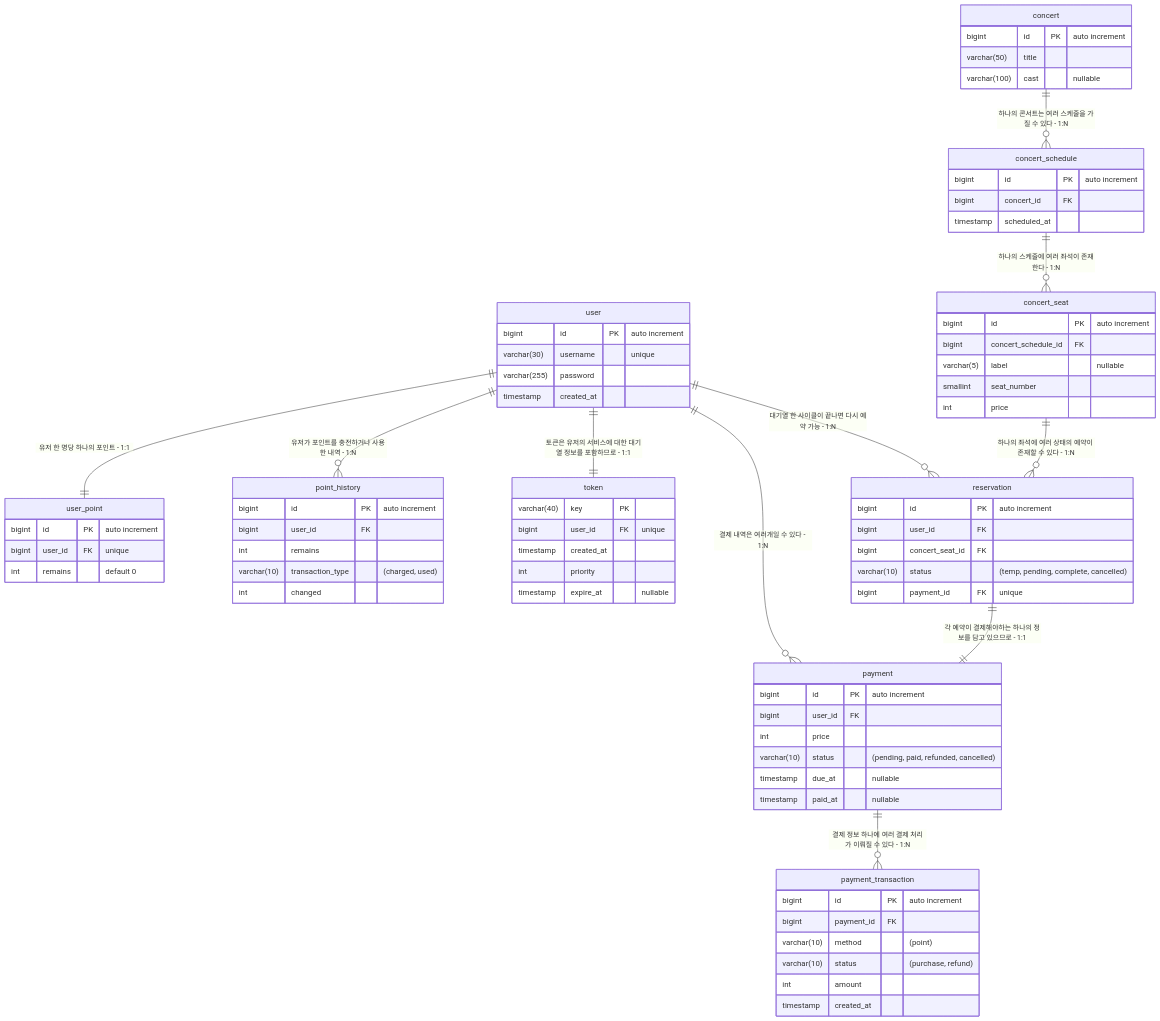
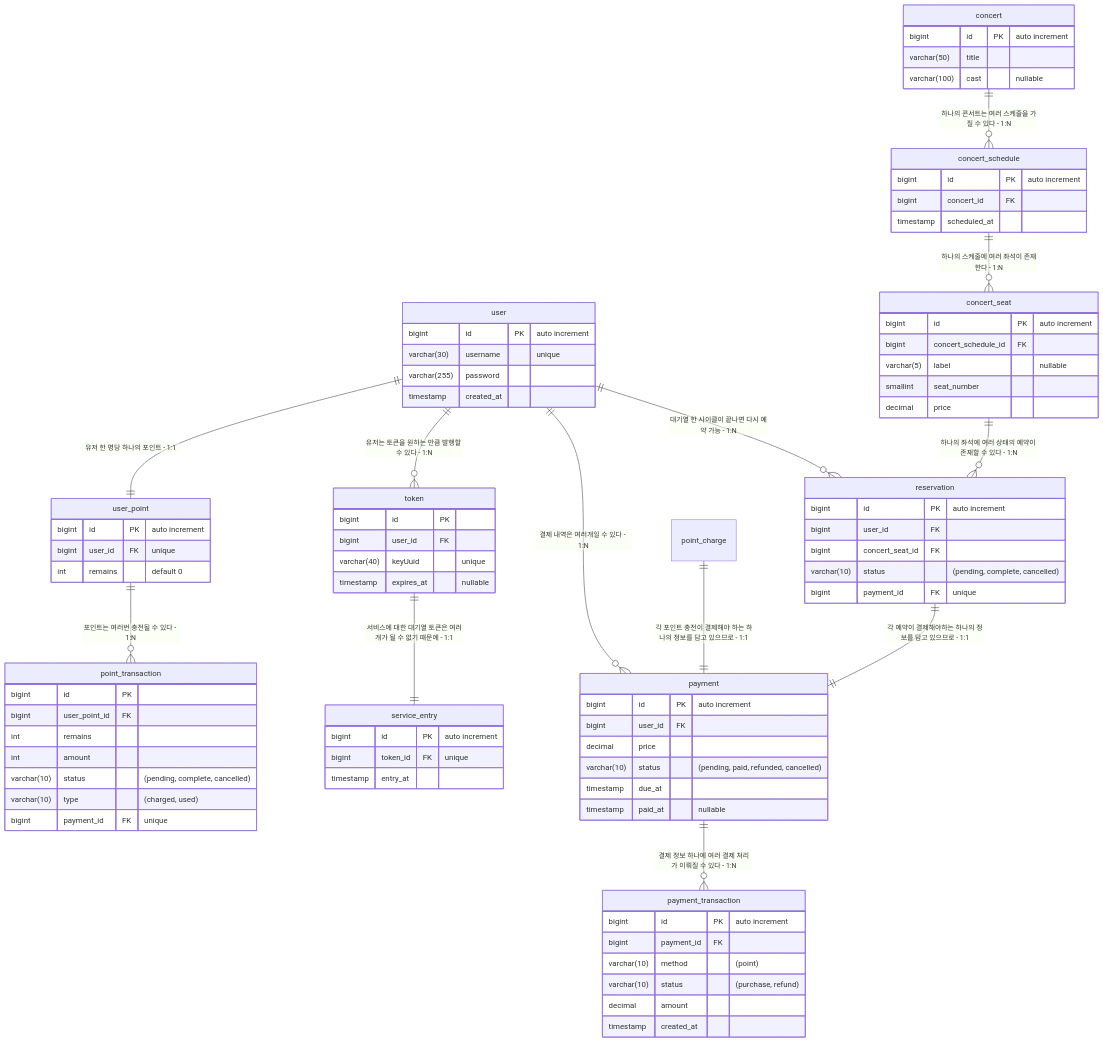
Before and after one commit to hyeondong-hong/hhplus-cocert-jvm: the diagram in docs/erd.md, drawn with Mermaid. The commit also changed other lines of this file and 3 other files, not shown here.

```diff
--- a/docs/erd.md
+++ b/docs/erd.md
@@ -25,20 +25,27 @@
         int remains "default 0"
     }
 
-    point_history {
-        bigint id PK "auto increment"
-        bigint user_id FK
+    point_transaction {
+        bigint id PK
+        bigint user_point_id FK
         int remains
-        varchar(10) transaction_type "(charged, used)"
-        int changed
+        int amount
+        varchar(10) status "(pending, complete, cancelled)"
+        varchar(10) type "(charged, used)"
+        bigint payment_id FK "unique"
     }
 
     token {
-        varchar(40) key PK
-        bigint user_id FK "unique"
-        timestamp created_at
-        int priority
-        timestamp expire_at "nullable"
+        bigint id PK
+        bigint user_id FK
+        varchar(40) keyUuid "unique"
+        timestamp expires_at "nullable"
+    }
+
+    service_entry {
+        bigint id PK "auto increment"
+        bigint token_id FK "unique"
+        timestamp entry_at
     }
 
     concert {
@@ -58,23 +65,23 @@
         bigint concert_schedule_id FK
         varchar(5) label "nullable"
         smallint seat_number
-        int price
+        decimal price
     }
 
     reservation {
         bigint id PK "auto increment"
         bigint user_id FK
         bigint concert_seat_id FK
-        varchar(10) status "(temp, pending, complete, cancelled)"
+        varchar(10) status "(pending, complete, cancelled)"
         bigint payment_id FK "unique"
     }
 
     payment {
         bigint id PK "auto increment"
         bigint user_id FK
-        int price
+        decimal price
         varchar(10) status "(pending, paid, refunded, cancelled)"
-        timestamp due_at "nullable"
+        timestamp due_at
         timestamp paid_at "nullable"
     }
 
@@ -83,15 +90,18 @@
         bigint payment_id FK
         varchar(10) method "(point)"
         varchar(10) status "(purchase, refund)"
-        int amount
+        decimal amount
         timestamp created_at
     }
 
     user ||--|| user_point : "유저 한 명당 하나의 포인트 - 1:1"
-    user ||--o{ point_history : "유저가 포인트를 충전하거나 사용한 내역 - 1:N"
-    user ||--|| token : "토큰은 유저의 서비스에 대한 대기열 정보를 포함하므로 - 1:1"
+    user ||--o{ token : "유저는 토큰을 원하는 만큼 발행할 수 있다 - 1:N"
     user ||--o{ reservation : "대기열 한 사이클이 끝나면 다시 예약 가능 - 1:N"
     user ||--o{ payment : "결제 내역은 여러개일 수 있다 - 1:N"
+
+    user_point ||--o{ point_transaction : "포인트는 여러번 충전될 수 있다 - 1:N"
+
+    token ||--|| service_entry : "서비스에 대한 대기열 토큰은 여러개가 될 수 없기 때문에 - 1:1"
 
     concert ||--o{ concert_schedule : "하나의 콘서트는 여러 스케줄을 가질 수 있다 - 1:N"
 
@@ -99,6 +109,7 @@
     
     concert_seat ||--o{ reservation : "하나의 좌석에 여러 상태의 예약이 존재할 수 있다 - 1:N"
     
+    point_charge ||--|| payment : "각 포인트 충전이 결제해야 하는 하나의 정보를 담고 있으므로 - 1:1"
     reservation ||--|| payment : "각 예약이 결제해야하는 하나의 정보를 담고 있으므로 - 1:1"
 
     payment ||--o{ payment_transaction : "결제 정보 하나에 여러 결제 처리가 이뤄질 수 있다 - 1:N"
```
